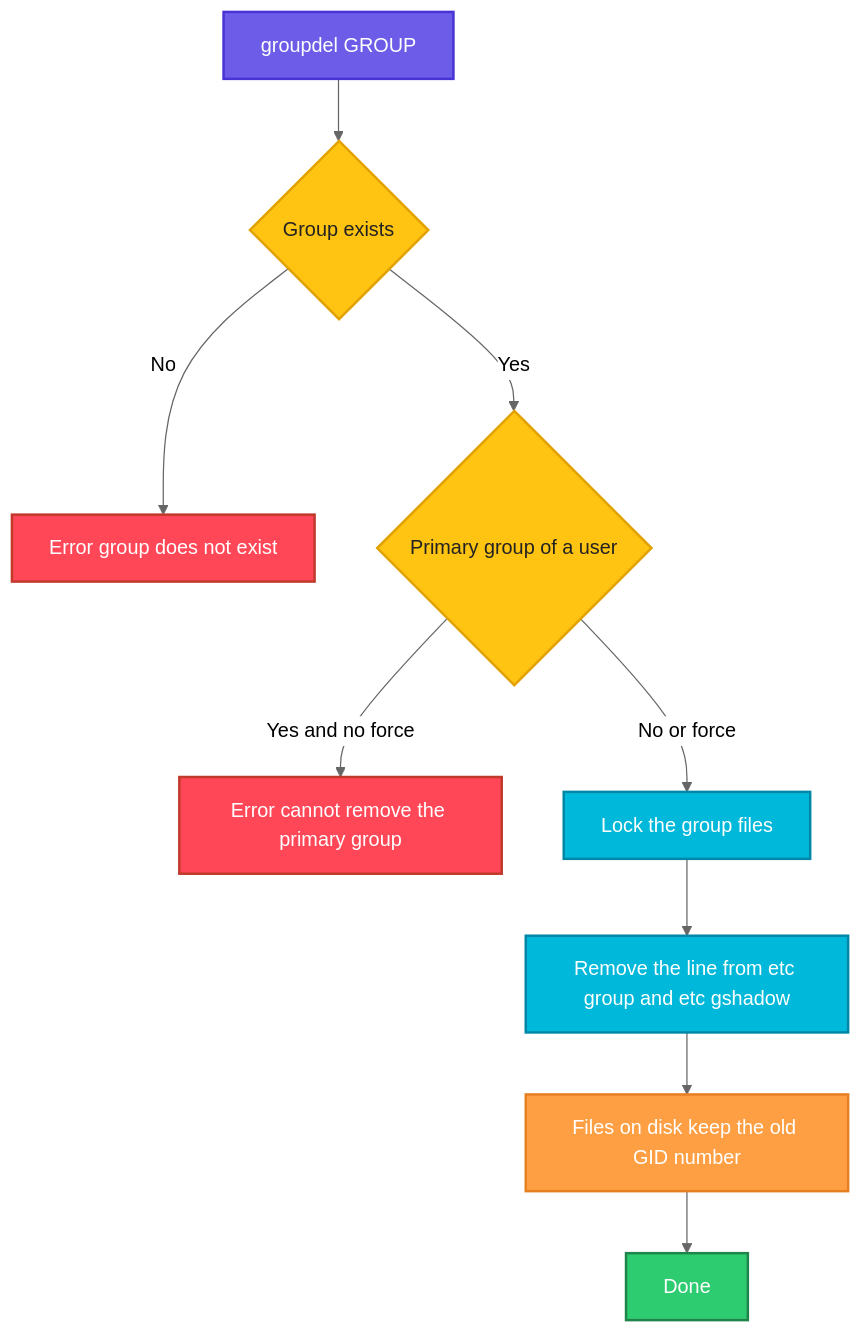
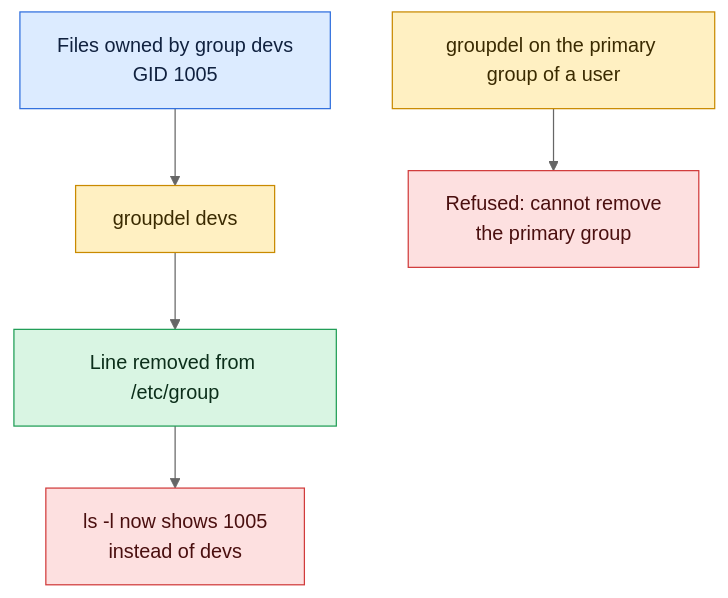
The diagram in linux/user-management/groupdel.md (codeKerdosTech/DevOps-Documentation), drawn with Mermaid (neutral theme) before and after one commit. The commit also changed other lines of this file and 165 other files, not shown here.

Commit message:
updated diagrams in linux

````diff
--- a/linux/user-management/groupdel.md
+++ b/linux/user-management/groupdel.md
@@ -36,24 +36,16 @@
 ```mermaid
 flowchart TD
-    A[groupdel GROUP] --> B{Group exists}
-    B -->|No| C[Error group does not exist]
-    B -->|Yes| D{Primary group of a user}
-    D -->|Yes and no force| E[Error cannot remove the primary group]
-    D -->|No or force| F[Lock the group files]
-    F --> G[Remove the line from etc group and etc gshadow]
-    G --> H[Files on disk keep the old GID number]
-    H --> I[Done]
-    classDef start fill:#6C5CE7,stroke:#4834D4,stroke-width:2px,color:#fff
-    classDef proc fill:#00B8D9,stroke:#0087A8,stroke-width:2px,color:#fff
-    classDef dec fill:#FFC312,stroke:#E1A100,stroke-width:2px,color:#222
-    classDef ok fill:#2ECC71,stroke:#1E8449,stroke-width:2px,color:#fff
-    classDef err fill:#FF4757,stroke:#C0392B,stroke-width:2px,color:#fff
-    classDef out fill:#FD79A8,stroke:#E84393,stroke-width:2px,color:#fff
-    classDef alt fill:#FF9F43,stroke:#E67E22,stroke-width:2px,color:#fff
-    class A start
-    class B,D dec
-    class C,E err
-    class F,G proc
-    class H alt
-    class I ok
+    i1[Files owned by group devs<br/>GID 1005] --> c1[groupdel devs]
+    c1 --> o1[Line removed from /etc/group]
+    o1 --> x1[ls -l now shows 1005<br/>instead of devs]
+    c2[groupdel on the primary group of a user] --> x2[Refused: cannot remove<br/>the primary group]
+    classDef inp fill:#DCEBFF,stroke:#2F6FDE,color:#10213F
+    classDef cmd fill:#FFF0C2,stroke:#C98A00,color:#3A2A00
+    classDef out fill:#D9F5E3,stroke:#1F9D55,color:#0B2E1A
+    classDef bad fill:#FDE0E0,stroke:#D13B3B,color:#4A0F0F
+    classDef note fill:#ECEFF3,stroke:#7B8794,color:#1F2933
+    class i1 inp
+    class c1,c2 cmd
+    class o1 out
+    class x1,x2 bad
 ```
````
